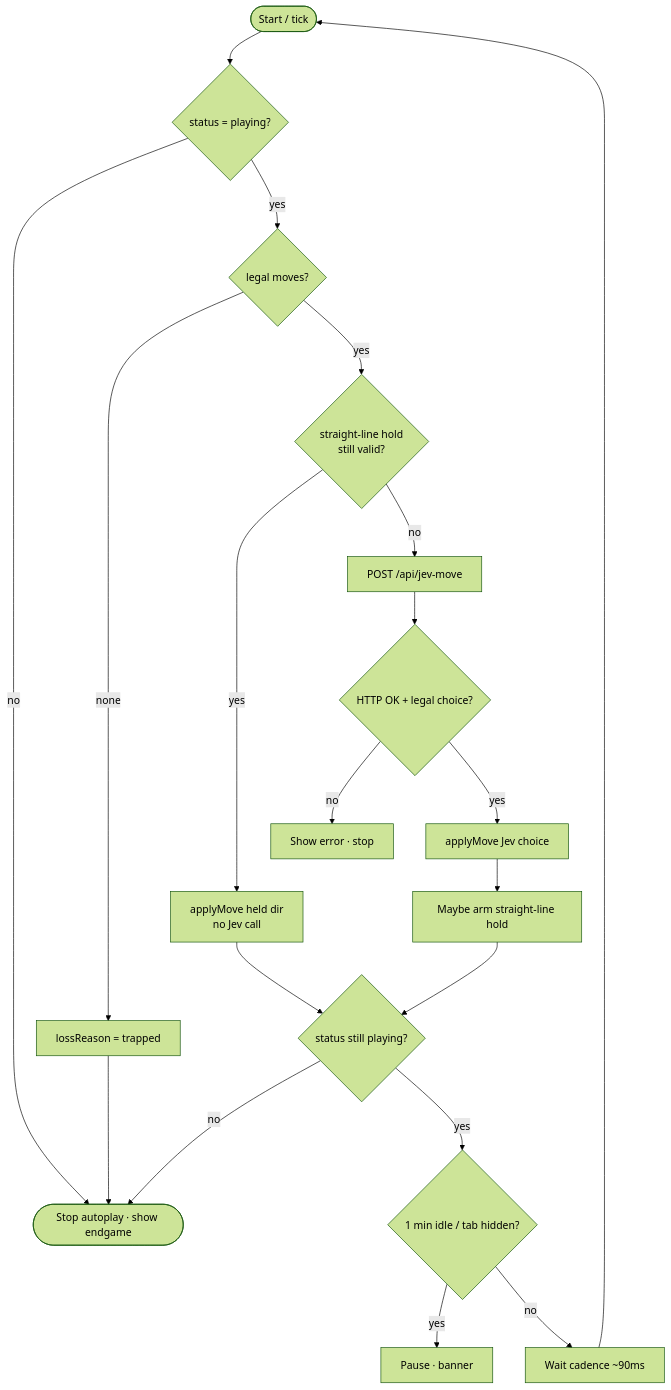
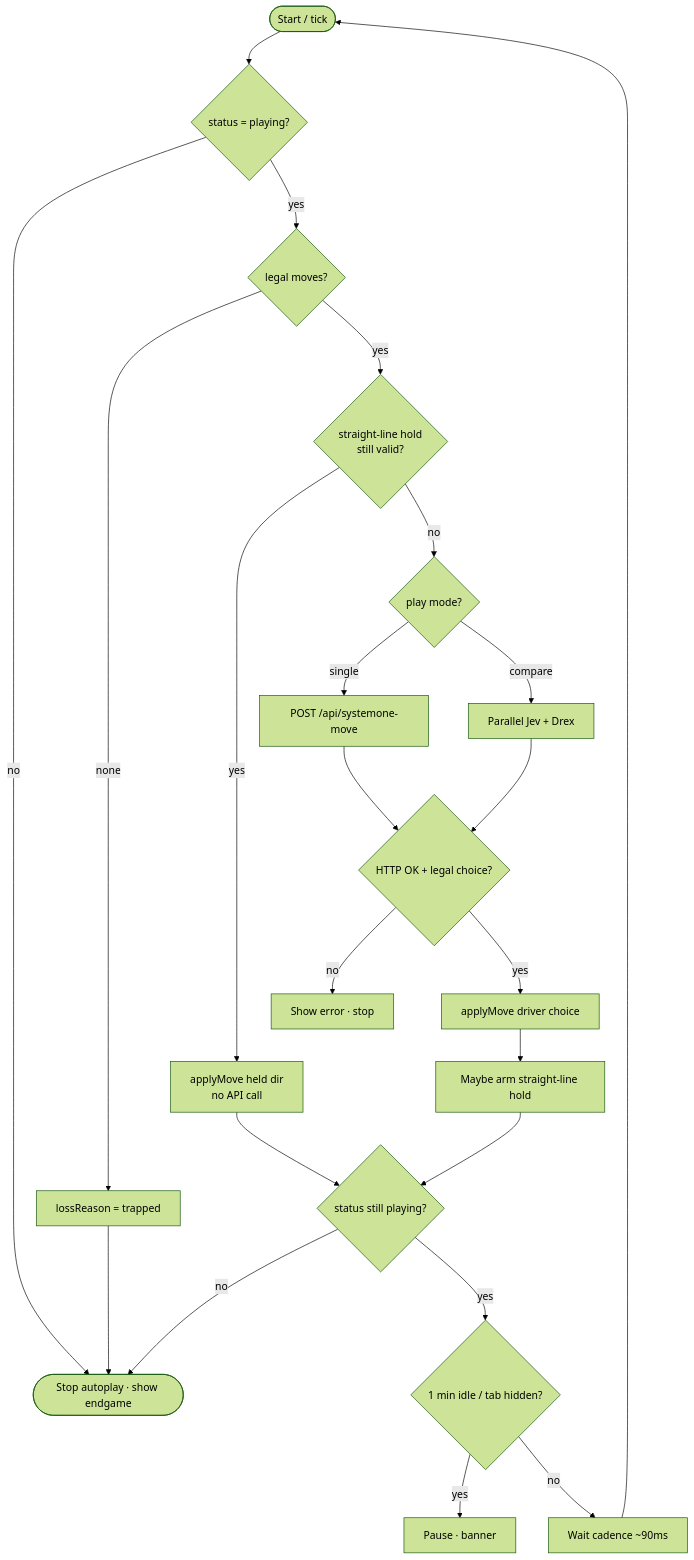
One commit to lalitsonawane/jev-snake changed the second of 3 diagrams in README.md. Above: the diagram before and after it, drawn with Mermaid (forest theme). The commit also changed other lines of this file and 14 other files, not shown here.

First line of the commit message:
Add Jev/Drex model picker and side-by-side compare (#8)

````diff
--- a/README.md
+++ b/README.md
@@ -53,20 +68,23 @@
 ```mermaid
 flowchart TD
   Start([Start / tick]) --> Playing{status = playing?}
   Playing -->|no| Stop([Stop autoplay · show endgame])
   Playing -->|yes| Legal{legal moves?}
   Legal -->|none| Trap[lossReason = trapped] --> Stop
   Legal -->|yes| Hold{straight-line hold<br/>still valid?}
-  Hold -->|yes| ApplyHold[applyMove held dir<br/>no Jev call]
-  Hold -->|no| Fetch[POST /api/jev-move]
+  Hold -->|yes| ApplyHold[applyMove held dir<br/>no API call]
+  Hold -->|no| Mode{play mode?}
+  Mode -->|single| Fetch[POST /api/systemone-move]
+  Mode -->|compare| Both[Parallel Jev + Drex]
   Fetch --> Ok{HTTP OK + legal choice?}
+  Both --> Ok
   Ok -->|no| Err[Show error · stop]
-  Ok -->|yes| ApplyJev[applyMove Jev choice]
+  Ok -->|yes| Apply[applyMove driver choice]
   ApplyHold --> After{status still playing?}
-  ApplyJev --> MaybeHold[Maybe arm straight-line hold]
+  Apply --> MaybeHold[Maybe arm straight-line hold]
   MaybeHold --> After
   After -->|no| Stop
   After -->|yes| Idle{1 min idle / tab hidden?}
   Idle -->|yes| Pause[Pause · banner]
   Idle -->|no| Wait[Wait cadence ~90ms] --> Start
 ```
````
